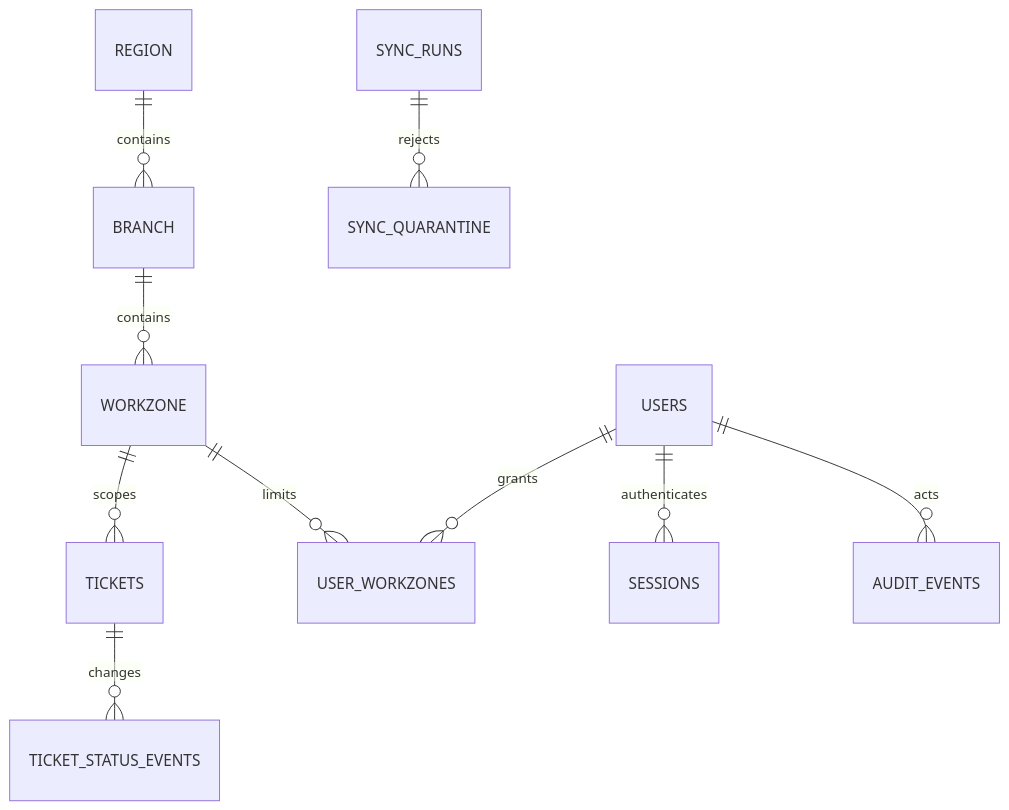
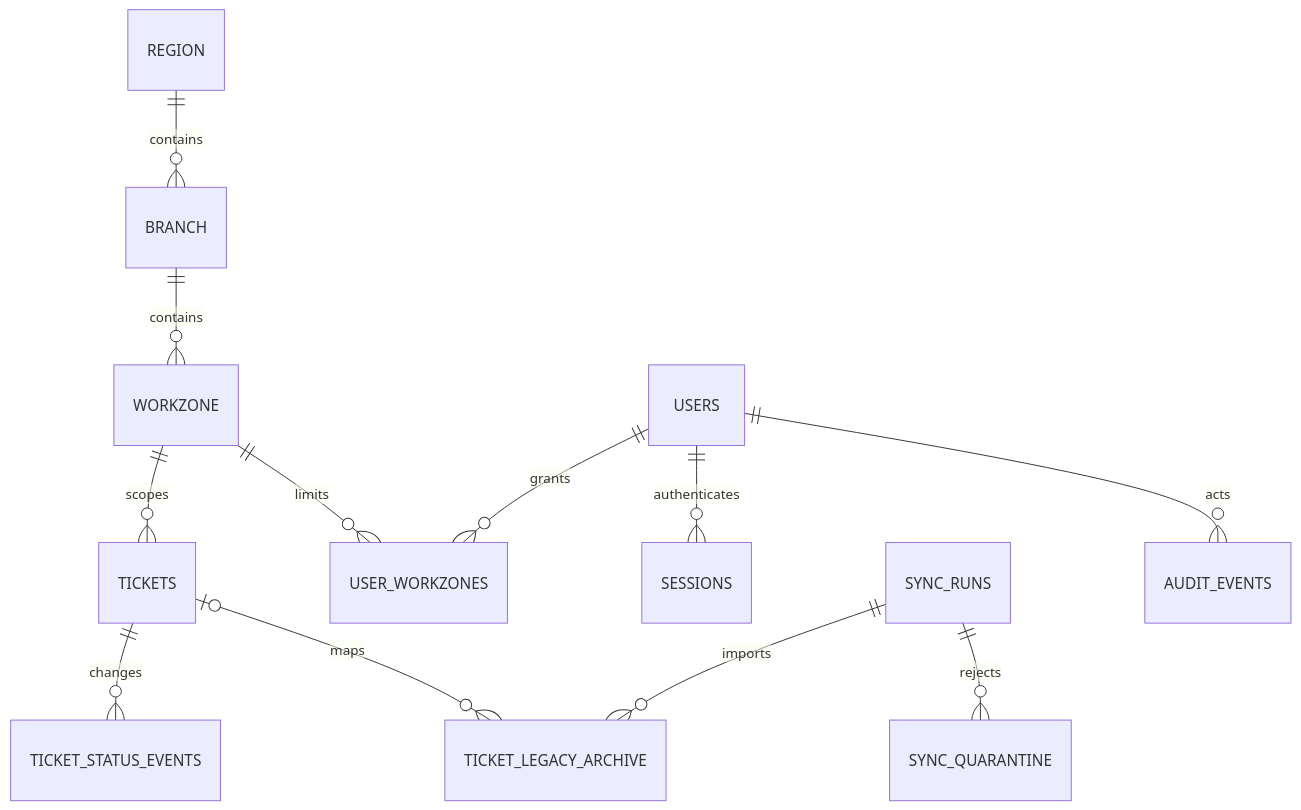
The diagram in docs/Database.md (aufardp/dompis-v3), drawn with Mermaid before and after one commit. The commit also changed other lines of this file and 19 other files, not shown here.

````diff
--- a/docs/Database.md
+++ b/docs/Database.md
@@ -6,12 +6,14 @@
 ```mermaid
 erDiagram
  REGION ||--o{ BRANCH : contains
  BRANCH ||--o{ WORKZONE : contains
  WORKZONE ||--o{ TICKETS : scopes
  USERS ||--o{ USER_WORKZONES : grants
  WORKZONE ||--o{ USER_WORKZONES : limits
  USERS ||--o{ SESSIONS : authenticates
  TICKETS ||--o{ TICKET_STATUS_EVENTS : changes
+ TICKETS o|--o{ TICKET_LEGACY_ARCHIVE : maps
+ SYNC_RUNS ||--o{ TICKET_LEGACY_ARCHIVE : imports
  SYNC_RUNS ||--o{ SYNC_QUARANTINE : rejects
  USERS ||--o{ AUDIT_EVENTS : acts
 ```
````
